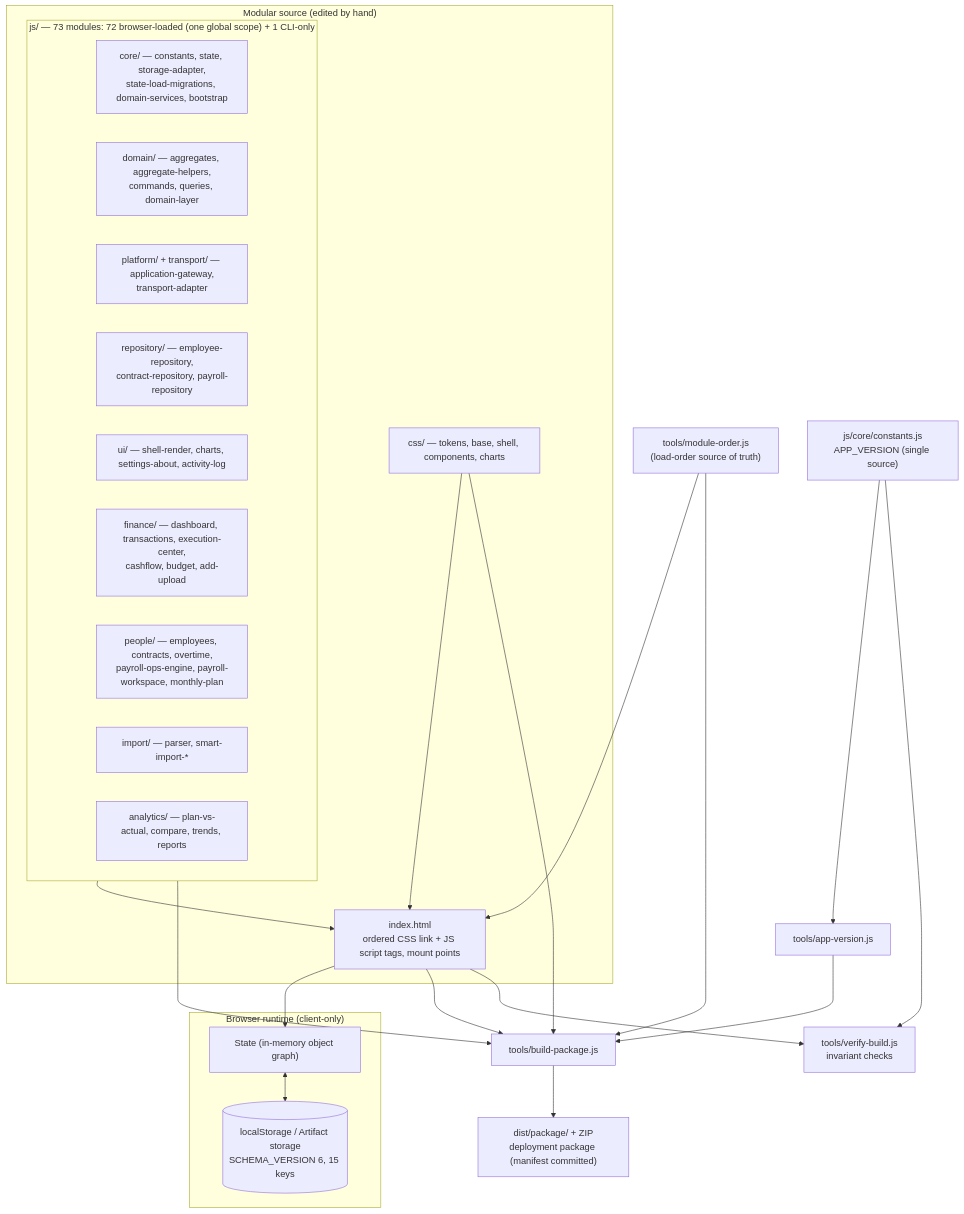
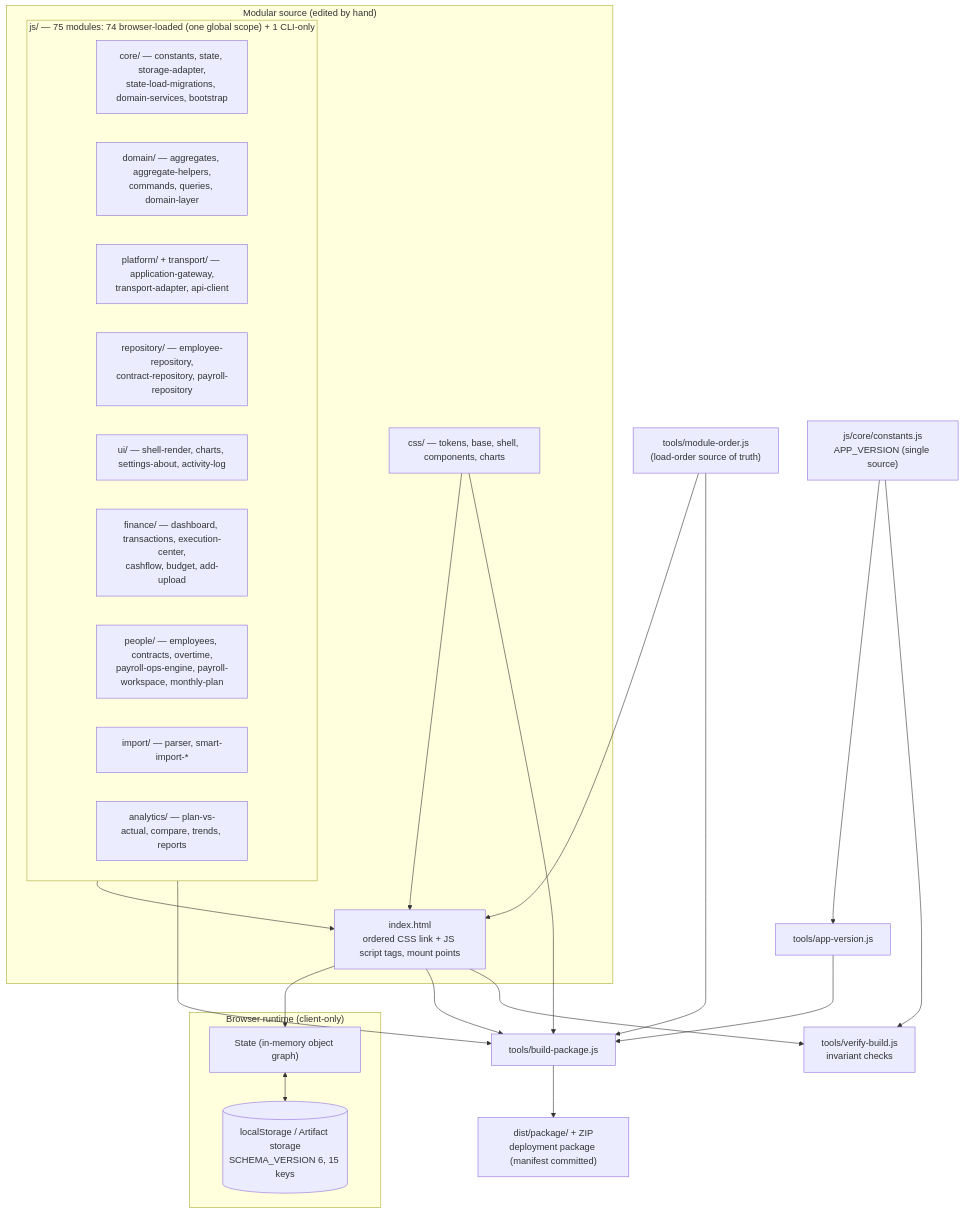
The first of 3 diagrams in ARCHITECTURE.md (fanoryu/TAM-OS-Next), drawn with Mermaid before and after one commit. The commit also changed other lines of this file and 3 other files, not shown here.

````diff
--- a/ARCHITECTURE.md
+++ b/ARCHITECTURE.md
@@ -110,45 +110,45 @@
 ```mermaid
 flowchart TD
   subgraph SRC["Modular source (edited by hand)"]
     IDX["index.html<br/>ordered CSS link + JS script tags, mount points"]
     CSS["css/ — tokens, base, shell, components, charts"]
-    subgraph JSMOD["js/ — 73 modules: 72 browser-loaded (one global scope) + 1 CLI-only"]
+    subgraph JSMOD["js/ — 75 modules: 74 browser-loaded (one global scope) + 1 CLI-only"]
       CORE["core/ — constants, state, storage-adapter,<br/>state-load-migrations, domain-services, bootstrap"]
       DOM["domain/ — aggregates, aggregate-helpers,<br/>commands, queries, domain-layer"]
-      PLAT["platform/ + transport/ — application-gateway,<br/>transport-adapter"]
+      PLAT["platform/ + transport/ — application-gateway,<br/>transport-adapter, api-client"]
       REPO["repository/ — employee-repository,<br/>contract-repository, payroll-repository"]
       UI["ui/ — shell-render, charts, settings-about, activity-log"]
       FIN["finance/ — dashboard, transactions, execution-center,<br/>cashflow, budget, add-upload"]
       PPL["people/ — employees, contracts, overtime,<br/>payroll-ops-engine, payroll-workspace, monthly-plan"]
       IMP["import/ — parser, smart-import-*"]
       ANA["analytics/ — plan-vs-actual, compare, trends, reports"]
     end
   end
 
   subgraph RUN["Browser runtime (client-only)"]
     STATE["State (in-memory object graph)"]
     LS[("localStorage / Artifact storage<br/>SCHEMA_VERSION 6, 15 keys")]
   end
 
   ORDER["tools/module-order.js<br/>(load-order source of truth)"]
   CONST["js/core/constants.js<br/>APP_VERSION (single source)"]
   AV["tools/app-version.js"]
   BUILD["tools/build-package.js"]
   VERIFY["tools/verify-build.js<br/>invariant checks"]
   DIST["dist/package/ + ZIP<br/>deployment package (manifest committed)"]
 
   CSS --> IDX
   JSMOD --> IDX
   IDX --> STATE
   STATE <--> LS
 
   ORDER --> IDX
   ORDER --> BUILD
   CONST --> AV --> BUILD
   IDX --> BUILD
   CSS --> BUILD
   JSMOD --> BUILD
   BUILD --> DIST
   IDX --> VERIFY
   CONST --> VERIFY
 ```
````
